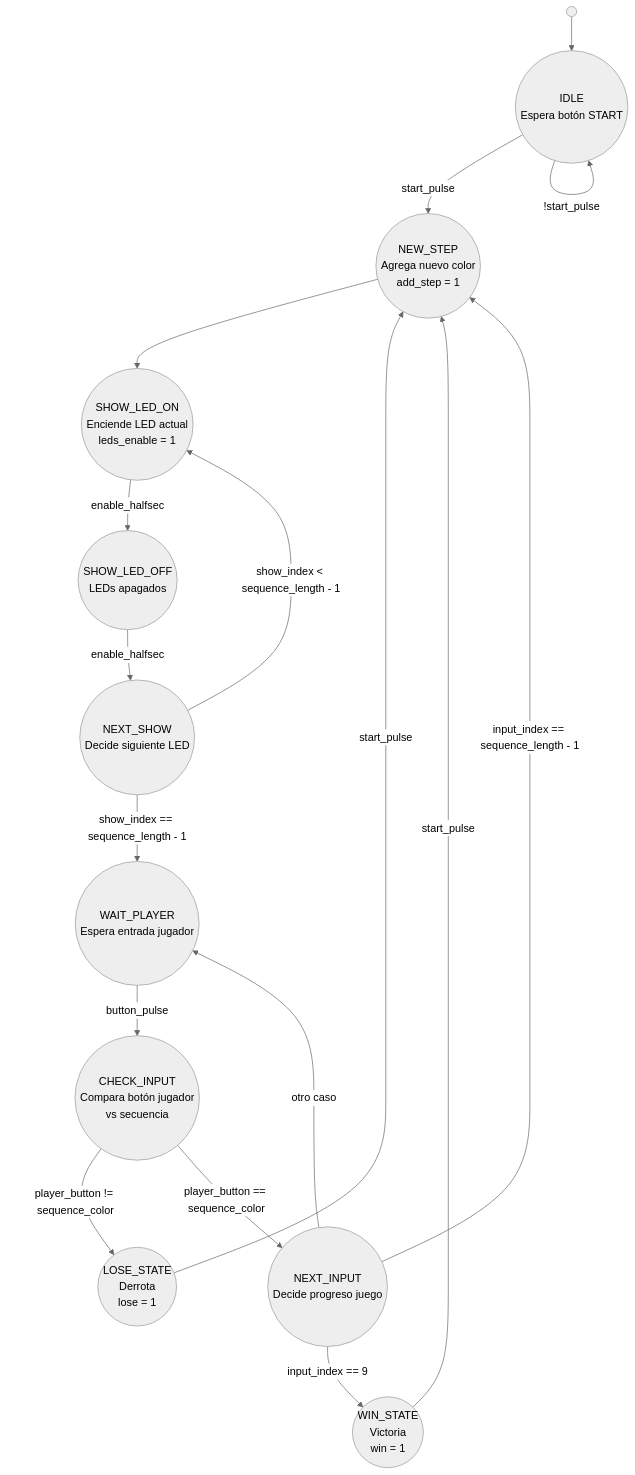
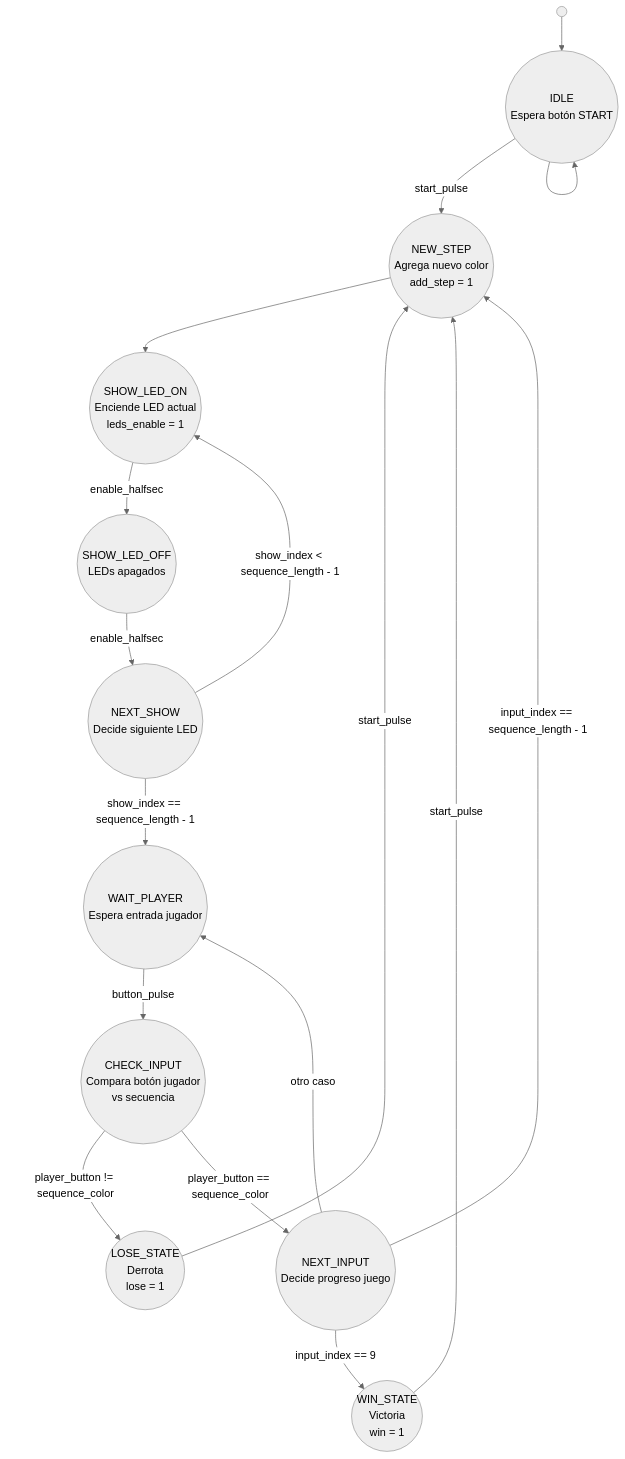
The diagram in circulos.md (JohanTames/PruebasTarea1Micros), drawn with Mermaid (neutral theme) before and after one commit.

Commit message:
Fix transition from IDLE to IDLE in circulos.md

````diff
--- a/circulos.md
+++ b/circulos.md
@@ -1,39 +1,39 @@
 ```mermaid
 flowchart TD
     inicio(( )) --> IDLE
 
     IDLE((IDLE <br> Espera botón START))
     IDLE -- start_pulse --> NEW_STEP
-    IDLE -- !start_pulse --> IDLE
+    IDLE --> IDLE
 
     NEW_STEP((NEW_STEP <br> Agrega nuevo color <br> add_step = 1))
     NEW_STEP --> SHOW_LED_ON
 
     SHOW_LED_ON((SHOW_LED_ON <br> Enciende LED actual <br> leds_enable = 1))
     SHOW_LED_ON -- enable_halfsec --> SHOW_LED_OFF
 
     SHOW_LED_OFF((SHOW_LED_OFF <br> LEDs apagados))
     SHOW_LED_OFF -- enable_halfsec --> NEXT_SHOW
 
     NEXT_SHOW((NEXT_SHOW <br> Decide siguiente LED))
     NEXT_SHOW -- "show_index < sequence_length - 1" --> SHOW_LED_ON
     NEXT_SHOW -- "show_index == sequence_length - 1" --> WAIT_PLAYER
 
     WAIT_PLAYER((WAIT_PLAYER <br> Espera entrada jugador))
     WAIT_PLAYER -- button_pulse --> CHECK_INPUT
 
     CHECK_INPUT((CHECK_INPUT <br> Compara botón jugador<br>vs secuencia))
     CHECK_INPUT -- "player_button != sequence_color" --> LOSE_STATE
     CHECK_INPUT -- "player_button == sequence_color" --> NEXT_INPUT
 
     NEXT_INPUT((NEXT_INPUT <br> Decide progreso juego))
     NEXT_INPUT -- "input_index == 9" --> WIN_STATE
     NEXT_INPUT -- "input_index == sequence_length - 1" --> NEW_STEP
     NEXT_INPUT -- "otro caso" --> WAIT_PLAYER
 
     WIN_STATE((WIN_STATE <br> Victoria<br>win = 1))
     WIN_STATE -- start_pulse --> NEW_STEP
 
     LOSE_STATE((LOSE_STATE <br> Derrota<br>lose = 1))
     LOSE_STATE -- start_pulse --> NEW_STEP
 ```
````
